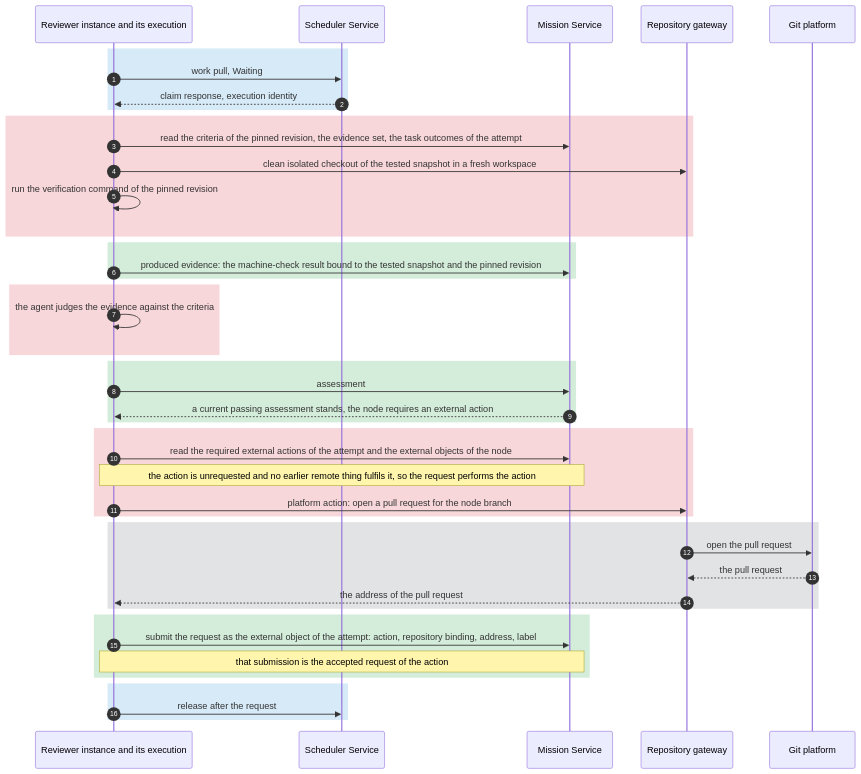
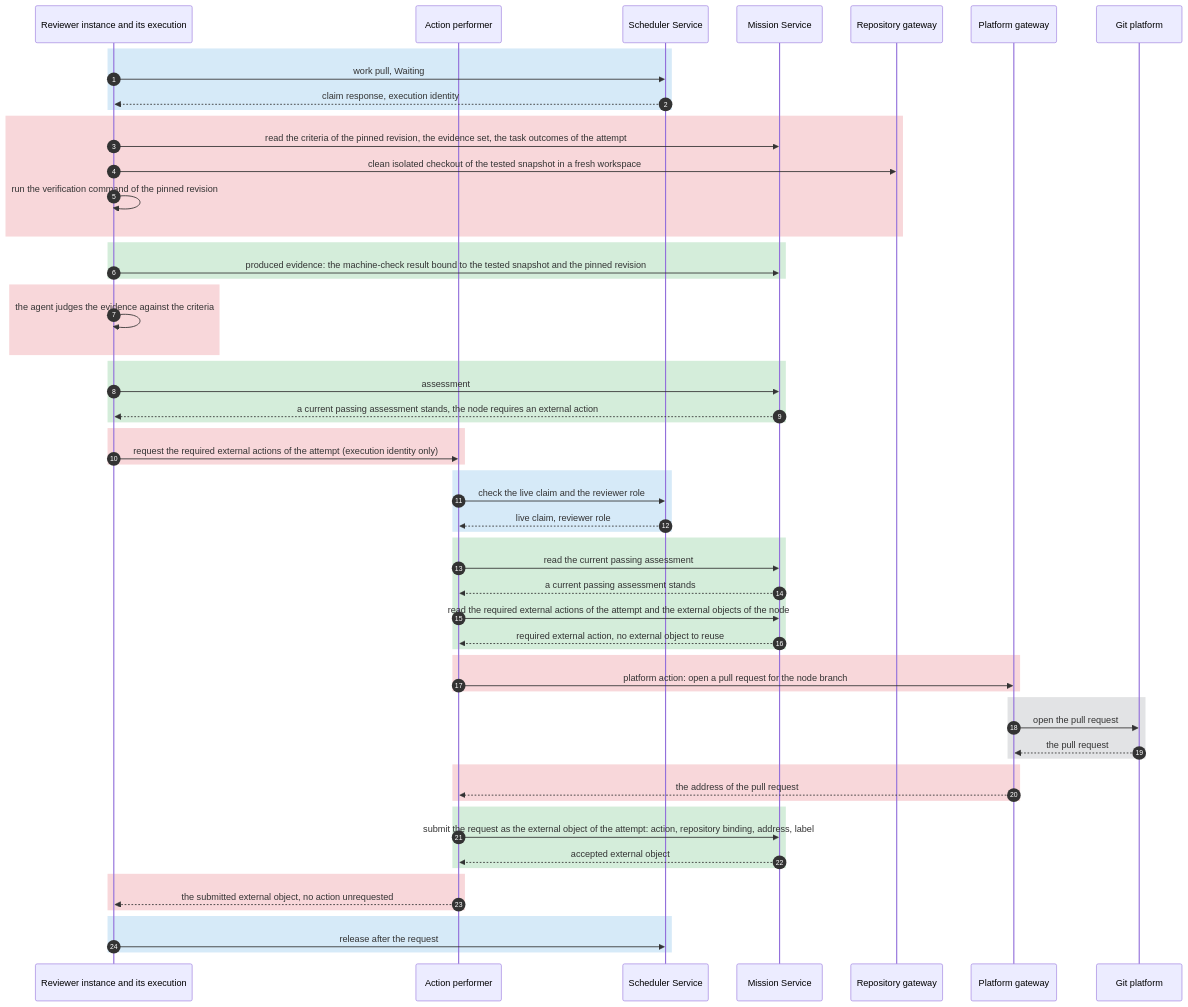
The sixth of 9 diagrams in docs/worker-service.md (kanthorlabs/kanthord), drawn with Mermaid before and after one commit. The commit also changed other lines of this file and 11 other files, not shown here.

First line of the commit message:
docs: add the platform gateway, the action performer and the MCP server, route the observer through the platform gateway, rename provider to platform, separate the agent namespace from the worker namespace, and settle the review items

````diff
--- a/docs/worker-service.md
+++ b/docs/worker-service.md
@@ -388,46 +493,64 @@
 ```mermaid
 sequenceDiagram
     autonumber
     participant R as Reviewer instance and its execution
+    participant AP as Action performer
     participant S as Scheduler Service
     participant M as Mission Service
     participant RG as Repository gateway
+    participant PG as Platform gateway
     participant G as Git platform
 
     rect rgb(214, 234, 248)
         R->>S: work pull, Waiting
         S-->>R: claim response, execution identity
     end
     rect rgb(248, 215, 218)
         R->>M: read the criteria of the pinned revision, the evidence set, the task outcomes of the attempt
         R->>RG: clean isolated checkout of the tested snapshot in a fresh workspace
         R->>R: run the verification command of the pinned revision
     end
     rect rgb(212, 237, 218)
         R->>M: produced evidence: the machine-check result bound to the tested snapshot and the pinned revision
     end
     rect rgb(248, 215, 218)
         R->>R: the agent judges the evidence against the criteria
     end
     rect rgb(212, 237, 218)
         R->>M: assessment
         M-->>R: a current passing assessment stands, the node requires an external action
     end
     rect rgb(248, 215, 218)
-        R->>M: read the required external actions of the attempt and the external objects of the node
-        Note over R,M: the action is unrequested and no earlier remote thing fulfils it, so the request performs the action
-        R->>RG: platform action: open a pull request for the node branch
+        R->>AP: request the required external actions of the attempt (execution identity only)
+    end
+    rect rgb(214, 234, 248)
+        AP->>S: check the live claim and the reviewer role
+        S-->>AP: live claim, reviewer role
+    end
+    rect rgb(212, 237, 218)
+        AP->>M: read the current passing assessment
+        M-->>AP: a current passing assessment stands
+        AP->>M: read the required external actions of the attempt and the external objects of the node
+        M-->>AP: required external action, no external object to reuse
+    end
+    rect rgb(248, 215, 218)
+        AP->>PG: platform action: open a pull request for the node branch
     end
     rect rgb(226, 227, 229)
-        RG->>G: open the pull request
-        G-->>RG: the pull request
-        RG-->>R: the address of the pull request
+        PG->>G: open the pull request
+        G-->>PG: the pull request
+    end
+    rect rgb(248, 215, 218)
+        PG-->>AP: the address of the pull request
     end
     rect rgb(212, 237, 218)
-        R->>M: submit the request as the external object of the attempt: action, repository binding, address, label
-        Note over R,M: that submission is the accepted request of the action
+        AP->>M: submit the request as the external object of the attempt: action, repository binding, address, label
+        M-->>AP: accepted external object
+    end
+    rect rgb(248, 215, 218)
+        AP-->>R: the submitted external object, no action unrequested
     end
     rect rgb(214, 234, 248)
         R->>S: release after the request
     end
 ```
````
